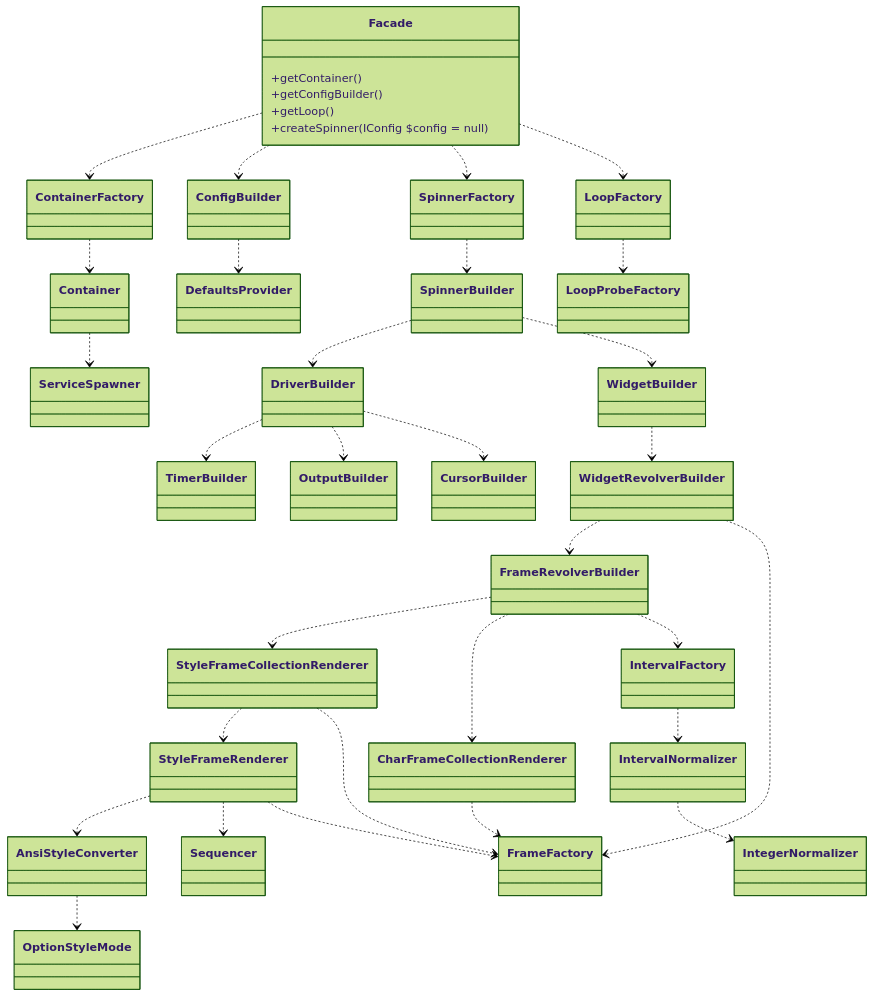
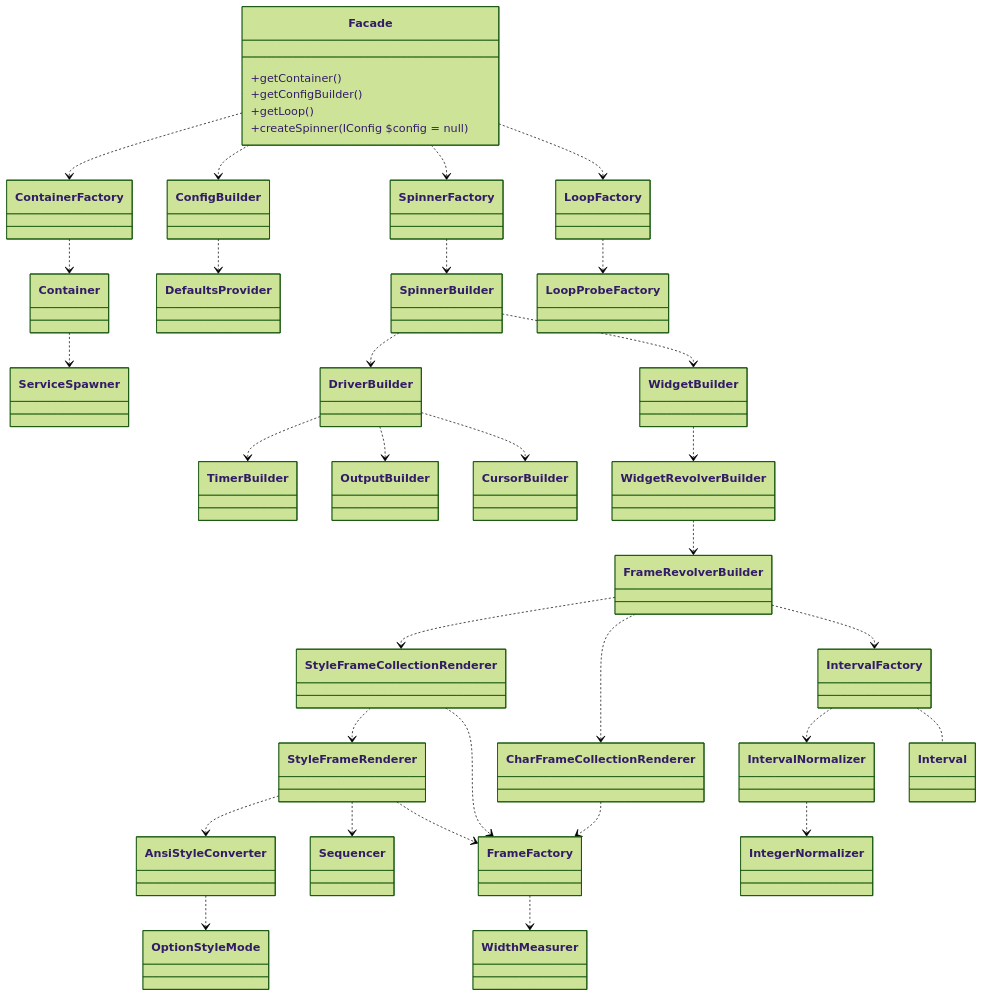
One commit to alecrabbit/php-console-spinner changed the diagram in doc/info/hierarchy/services.md. Above: the diagram before and after it, drawn with Mermaid (forest theme). The commit also changed 16 other files, not shown here.

````diff
--- a/doc/info/hierarchy/services.md
+++ b/doc/info/hierarchy/services.md
@@ -3,60 +3,60 @@
 ```mermaid
 classDiagram
     direction TB
     Facade ..> ContainerFactory
     Facade ..> ConfigBuilder
     Facade ..> SpinnerFactory
     Facade ..> LoopFactory
     
     ContainerFactory ..> Container
     
     Container ..> ServiceSpawner
     
     class Facade {
         +getContainer()
         +getConfigBuilder()
         +getLoop()
         +createSpinner(IConfig $config = null)
     }
     
     SpinnerFactory ..> SpinnerBuilder
 
     ConfigBuilder ..> DefaultsProvider
 
     LoopFactory ..> LoopProbeFactory
     
     SpinnerBuilder ..> DriverBuilder
     SpinnerBuilder ..> WidgetBuilder
     
     DriverBuilder ..> TimerBuilder
     DriverBuilder ..> OutputBuilder
     DriverBuilder ..> CursorBuilder
     
     WidgetBuilder ..> WidgetRevolverBuilder
      
     WidgetRevolverBuilder ..> FrameRevolverBuilder
-    WidgetRevolverBuilder ..> FrameFactory
     
     FrameRevolverBuilder ..> StyleFrameCollectionRenderer
     FrameRevolverBuilder ..> CharFrameCollectionRenderer
     FrameRevolverBuilder ..> IntervalFactory
     
     IntervalFactory ..> IntervalNormalizer
+    IntervalFactory .. Interval
     
     IntervalNormalizer ..> IntegerNormalizer
     
     StyleFrameCollectionRenderer ..> StyleFrameRenderer
     StyleFrameCollectionRenderer ..> FrameFactory
     
     CharFrameCollectionRenderer ..> FrameFactory
     
     StyleFrameRenderer ..> AnsiStyleConverter
     StyleFrameRenderer ..> Sequencer
     StyleFrameRenderer ..> FrameFactory
     
     AnsiStyleConverter ..> OptionStyleMode
     
-    
+    FrameFactory ..> WidthMeasurer
    
     
 ```
````
